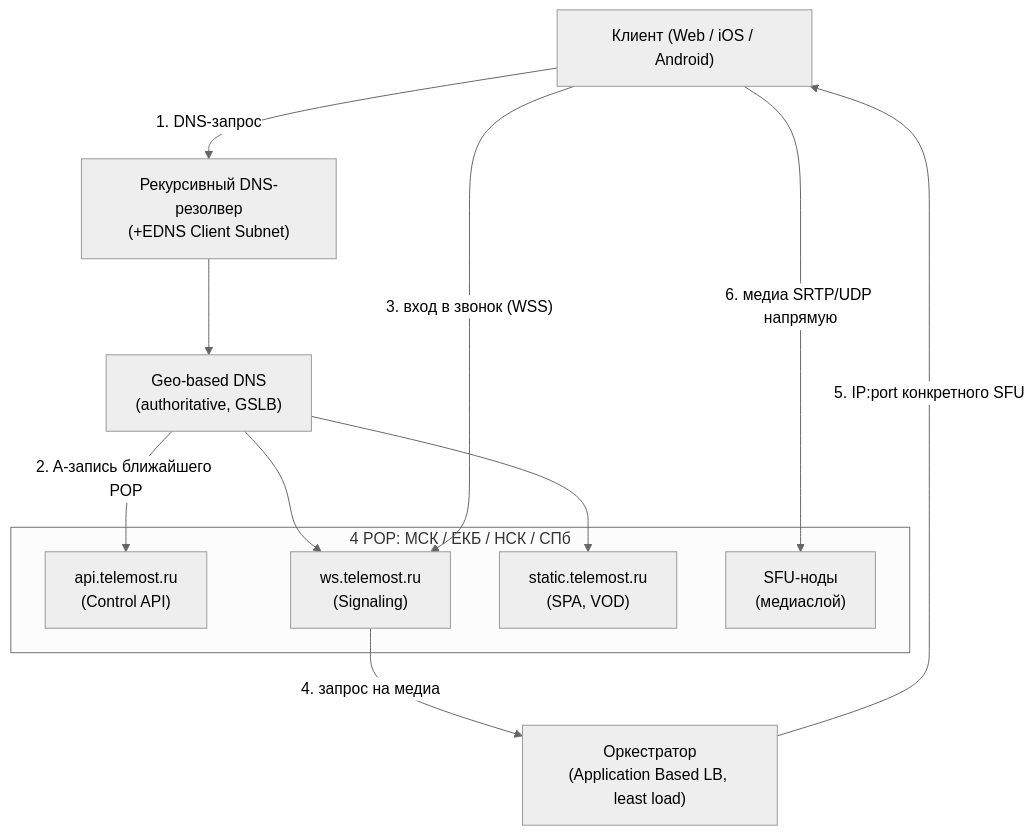
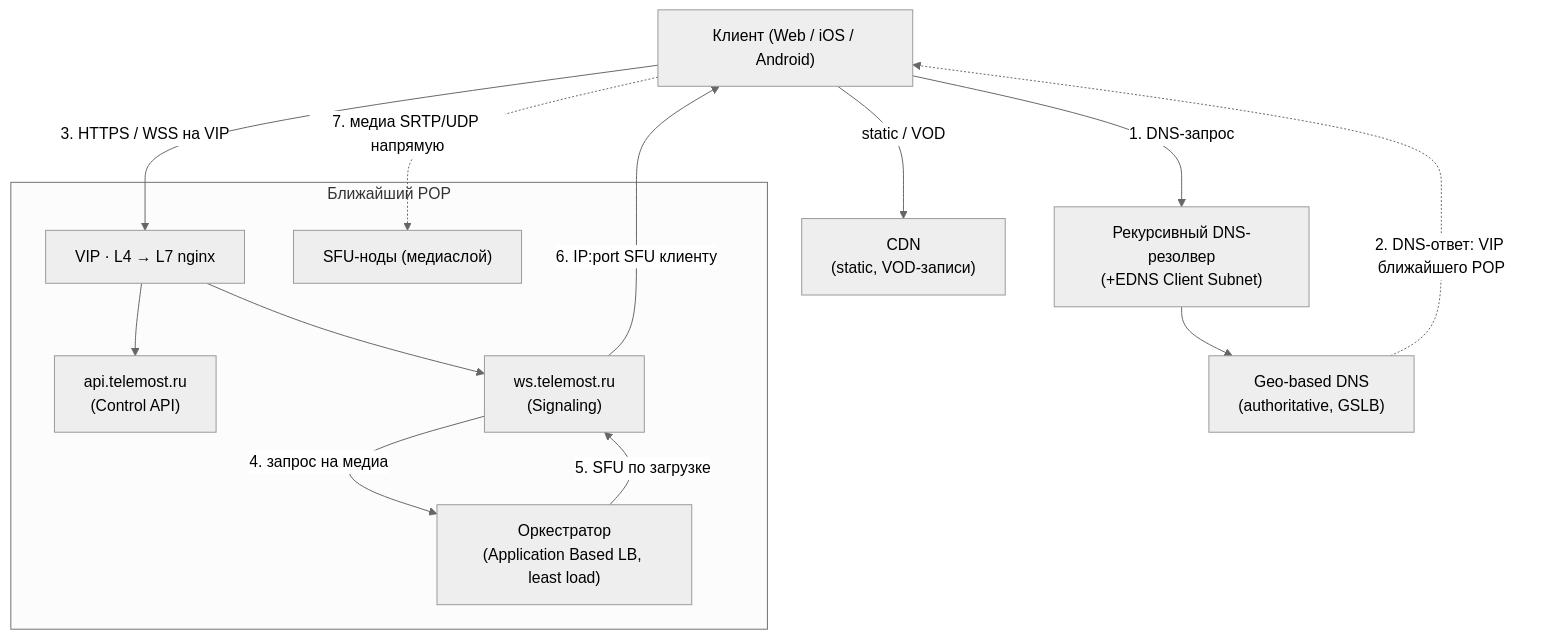
Before and after one commit to armishev/highload_course_project: the first of 5 diagrams in README.md, drawn with Mermaid (neutral theme). The commit also changed other lines of this file, not shown here.

````diff
--- a/README.md
+++ b/README.md
@@ -461,23 +461,27 @@
 ```mermaid
 flowchart TD
     U["Клиент (Web / iOS / Android)"]
     R["Рекурсивный DNS-резолвер<br/>(+EDNS Client Subnet)"]
     G["Geo-based DNS<br/>(authoritative, GSLB)"]
-    O["Оркестратор<br/>(Application Based LB, least load)"]
+    CDN["CDN<br/>(static, VOD-записи)"]
 
-    subgraph POPs["4 POP: МСК / ЕКБ / НСК / СПб"]
-        E1["api.telemost.ru<br/>(Control API)"]
-        E2["ws.telemost.ru<br/>(Signaling)"]
-        E3["static.telemost.ru<br/>(SPA, VOD)"]
-        SFU["SFU-ноды<br/>(медиаслой)"]
+    subgraph POP["Ближайший POP"]
+        VIP["VIP · L4 → L7 nginx"]
+        API["api.telemost.ru<br/>(Control API)"]
+        WS["ws.telemost.ru<br/>(Signaling)"]
+        O["Оркестратор<br/>(Application Based LB, least load)"]
+        SFU["SFU-ноды (медиаслой)"]
     end
 
-    U -->|"1. DNS-запрос"| R --> G
-    G -->|"2. A-запись ближайшего POP"| E1
-    G --> E2
-    G --> E3
-    U -->|"3. вход в звонок (WSS)"| E2
-    E2 -->|"4. запрос на медиа"| O
-    O -->|"5. IP:port конкретного SFU"| U
-    U -->|"6. медиа SRTP/UDP напрямую"| SFU
+    U -->|"1. DNS-запрос"| R
+    R --> G
+    G -.->|"2. DNS-ответ: VIP ближайшего POP"| U
+    U -->|"3. HTTPS / WSS на VIP"| VIP
+    VIP --> API
+    VIP --> WS
+    WS -->|"4. запрос на медиа"| O
+    O -->|"5. SFU по загрузке"| WS
+    WS -->|"6. IP:port SFU клиенту"| U
+    U -.->|"7. медиа SRTP/UDP напрямую"| SFU
+    U -->|"static / VOD"| CDN
 ```
````
